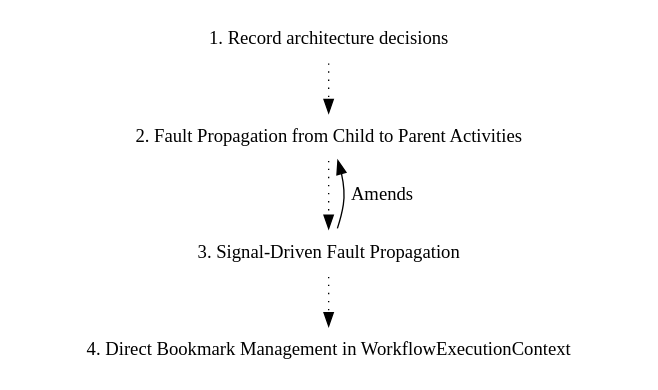
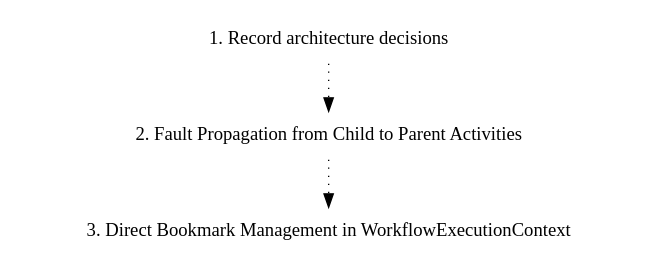
One commit to elsa-workflows/elsa-core changed the diagram in doc/adr/graph.dot. Above: the diagram before and after it, drawn with Graphviz. The commit also changed 5 other files, not shown here.

First line of the commit message:
Remove signal-driven fault propagation ADR and renumber bookmarks ADR

```diff
--- a/doc/adr/graph.dot
+++ b/doc/adr/graph.dot
@@ -1,13 +1,10 @@
 digraph {
-node [shape=plaintext];
-subgraph {
-_1 [label="1. Record architecture decisions"; URL="0001-record-architecture-decisions.html"];
-_2 [label="2. Fault Propagation from Child to Parent Activities"; URL="0002-fault-propagation-from-child-to-parent-activities.html"];
-_1 -> _2 [style="dotted", weight=1];
-_3 [label="3. Signal-Driven Fault Propagation"; URL="0003-signal-driven-fault-propagation.html"];
-_2 -> _3 [style="dotted", weight=1];
-_4 [label="4. Direct Bookmark Management in WorkflowExecutionContext"; URL="0004-direct-bookmark-management-in-workflowexecutioncontext.html"];
-_3 -> _4 [style="dotted", weight=1];
+  node [shape=plaintext];
+  subgraph {
+    _1 [label="1. Record architecture decisions"; URL="0001-record-architecture-decisions.html"];
+    _2 [label="2. Fault Propagation from Child to Parent Activities"; URL="0002-fault-propagation-from-child-to-parent-activities.html"];
+    _1 -> _2 [style="dotted", weight=1];
+    _3 [label="3. Direct Bookmark Management in WorkflowExecutionContext"; URL="0003-direct-bookmark-management-in-workflowexecutioncontext.html"];
+    _2 -> _3 [style="dotted", weight=1];
+  }
 }
-_3 -> _2 [label="Amends", weight=0]
-}
```
